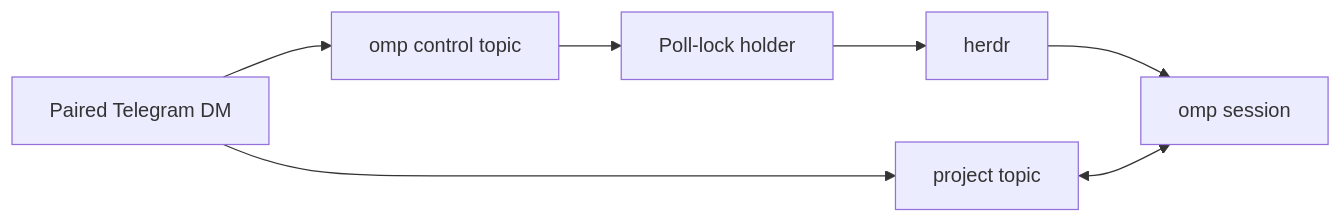
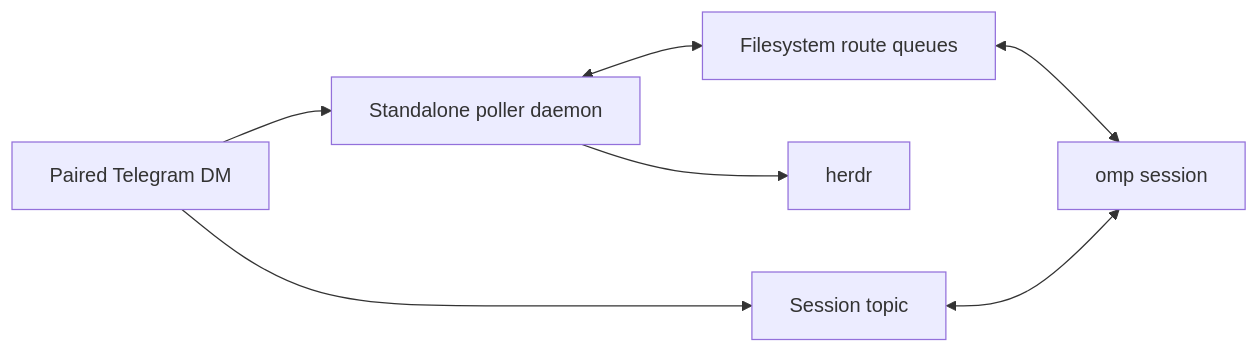
The diagram in docs/guide.md (TerrifiedBug/omp-telegram), drawn with Mermaid before and after one commit. The commit also changed other lines of this file and 19 other files, not shown here.

First line of the commit message:
feat: make Telegram bridge standalone and self-healing (#3)

````diff
--- a/docs/guide.md
+++ b/docs/guide.md
@@ -17,9 +17,9 @@
 ```mermaid
 flowchart LR
-  TG[Paired Telegram DM] --> CT[omp control topic]
-  TG --> T1[project topic]
-  CT --> P[Poll-lock holder]
-  P --> H[herdr]
-  H --> O1[omp session]
+  TG[Paired Telegram DM] --> D[Standalone poller daemon]
+  TG --> T1[Session topic]
+  D --> H[herdr]
+  D <--> Q[Filesystem route queues]
+  Q <--> O1[omp session]
   T1 <--> O1
 ```
````
